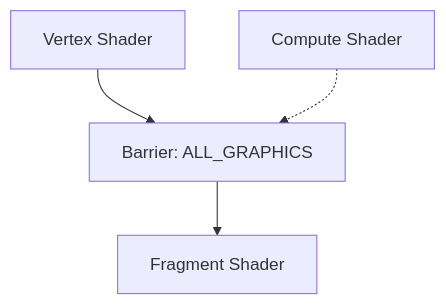
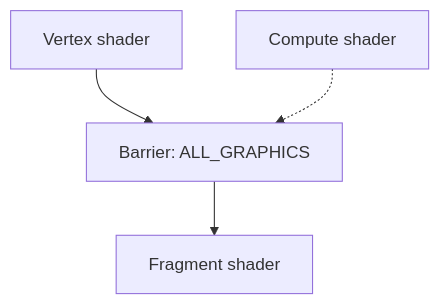
One commit to XanderBert/xanderbert.github.io changed the third of 5 diagrams in _posts/Vulkan/2025-04-13-VulkanMemoryBarriers.md. Above: the diagram before and after it, drawn with Mermaid. The commit also changed other lines of this file and 21 other files, not shown here.

````diff
--- a/_posts/Vulkan/2025-04-13-VulkanMemoryBarriers.md
+++ b/_posts/Vulkan/2025-04-13-VulkanMemoryBarriers.md
@@ -48,6 +67,6 @@
 ```mermaid
-flowchart TD  
-    A[Vertex Shader] --> B[Barrier: ALL_GRAPHICS]  
-    B --> C[Fragment Shader]  
-    D[Compute Shader] -.-> B  
+flowchart TD
+    A[Vertex shader] --> B[Barrier: ALL_GRAPHICS]
+    B --> C[Fragment shader]
+    D[Compute shader] -.-> B
 ```
````
